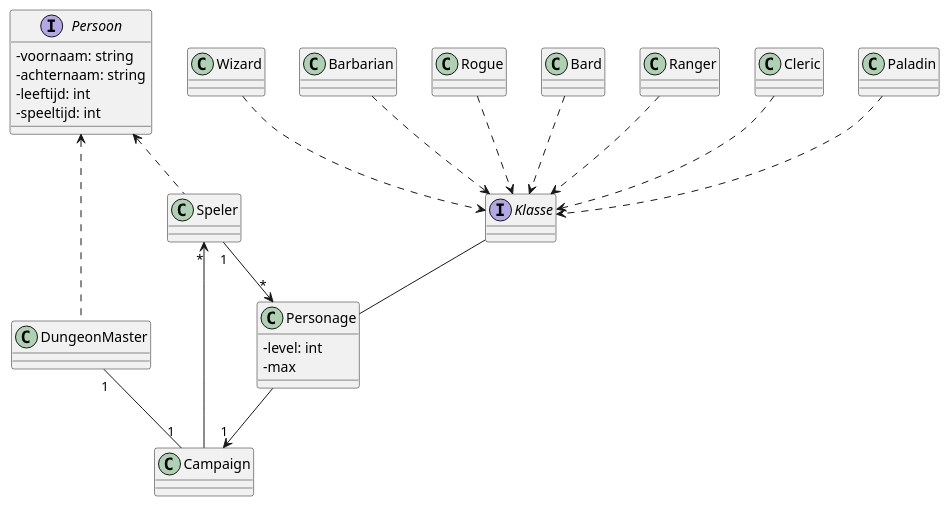
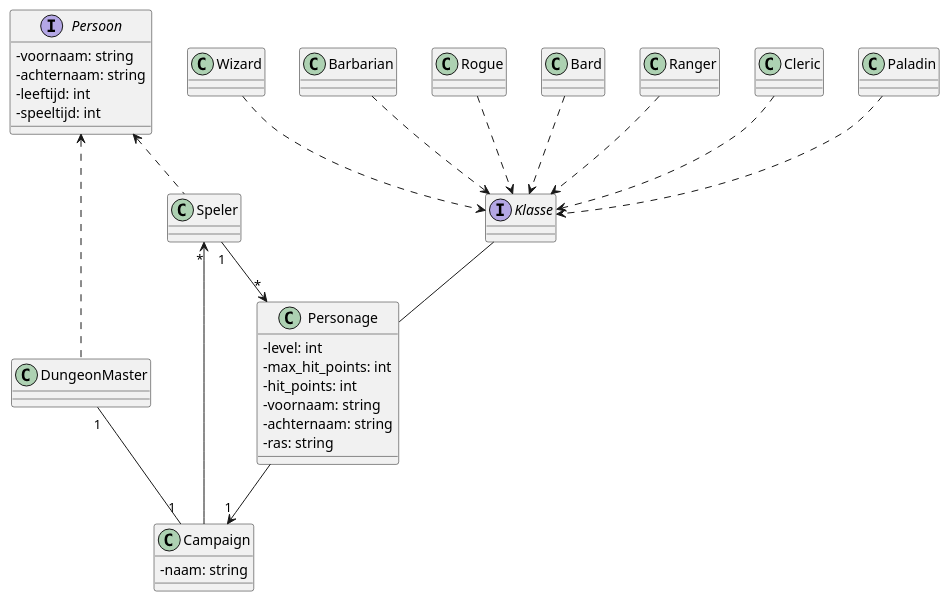
Before and after one commit to jelle-everaet/Groepsopdracht1: the diagram in klassendiagram.puml, drawn with PlantUML. The commit also changed 13 other files, not shown here.

```diff
--- a/klassendiagram.puml
+++ b/klassendiagram.puml
@@ -1,38 +1,44 @@
 @startuml Command
 skinparam ClassAttributeIconSize 0
 
 interface Persoon{
     -voornaam: string
     -achternaam: string
     -leeftijd: int
     -speeltijd: int
 }
 
 class DungeonMaster{}
 class Speler{}
-class Campaign{}
+class Campaign{
+    -naam: string
+}
 
 DungeonMaster .up.> Persoon
 Speler .up.>Persoon
 DungeonMaster "1"--"1" Campaign
 Speler "*"<-- Campaign
 
 class Personage{
     -level: int
-    -max
+    -max_hit_points: int
+    -hit_points: int
+    -voornaam: string
+    -achternaam: string
+    -ras: string
 }
 Speler "1"-->"*" Personage
 Personage -->"1" Campaign
 
 interface Klasse{}
 Personage -up- Klasse
 
 Wizard ..> Klasse
 Barbarian ..> Klasse
 Rogue ..> Klasse
 Bard ..> Klasse
 Ranger ..> Klasse
 Cleric ..> Klasse
 Paladin ..> Klasse
 
 @enduml
```
